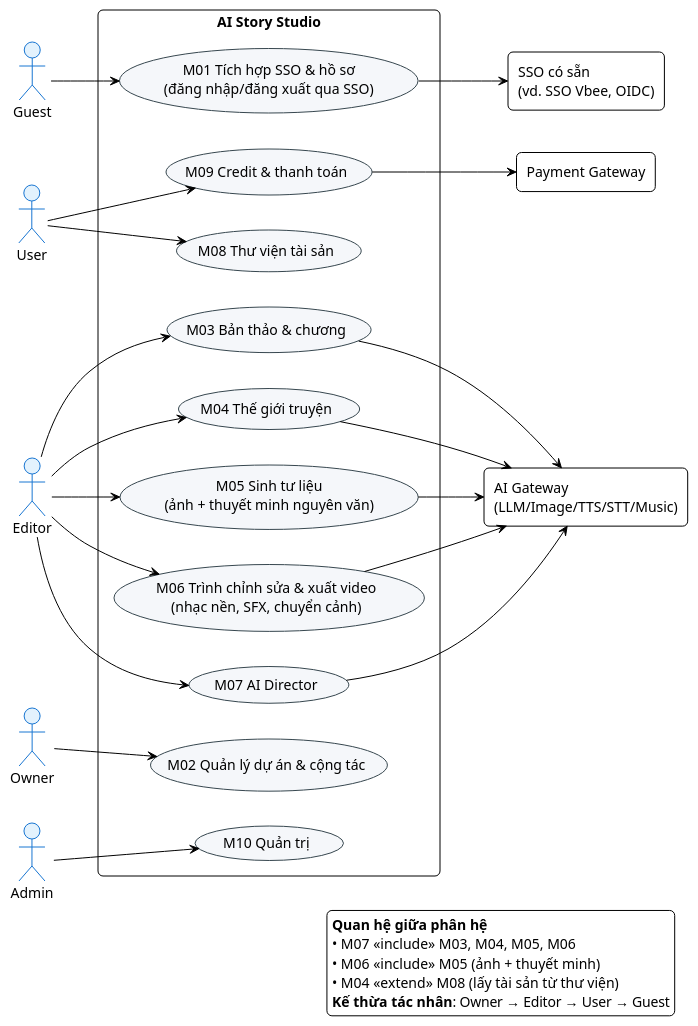
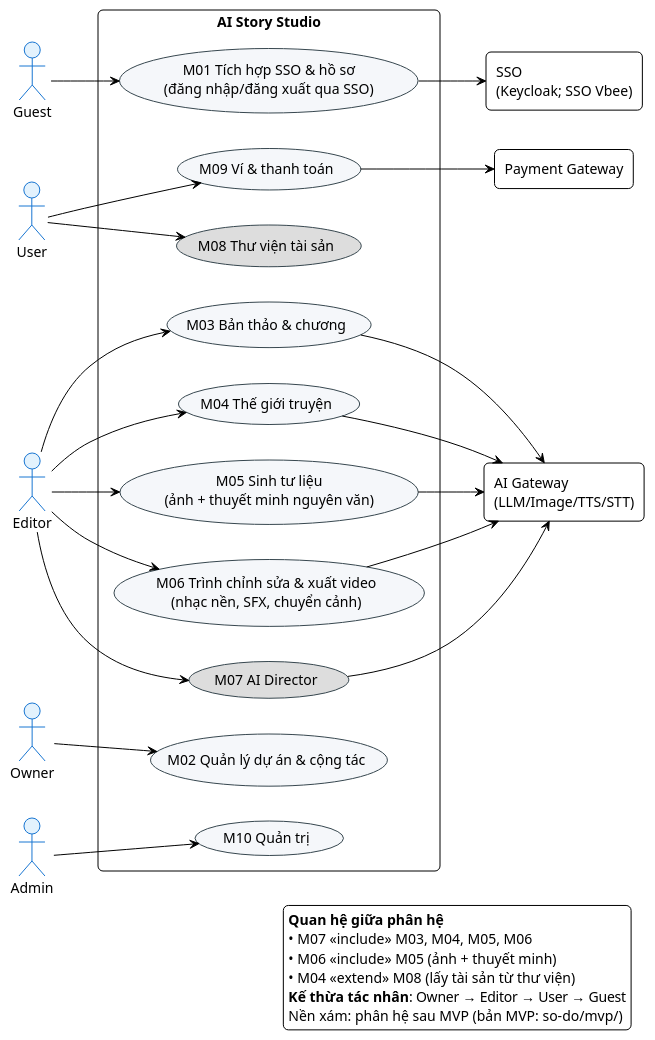
One commit to 202416852-anhpv/story2video-docs changed the diagram in demo-c2story/so-do/01-use-case/uc-tong-quan.puml. Above: the diagram before and after it, drawn with PlantUML. The commit also changed 100 other files, not shown here.

```diff
--- a/demo-c2story/so-do/01-use-case/uc-tong-quan.puml
+++ b/demo-c2story/so-do/01-use-case/uc-tong-quan.puml
@@ -1,66 +1,67 @@
 @startuml UC_TongQuan_StoryStudio
 !theme plain
 skinparam defaultFontName "Segoe UI"
 skinparam roundCorner 10
 skinparam actor {
     BackgroundColor #E3F2FD
     BorderColor #1976D2
 }
 skinparam usecase {
     BackgroundColor #F5F7FA
     BorderColor #37474F
 }
 left to right direction
 
 ' Tác nhân con người (bên trái)
 actor "Guest" as Guest
 actor "User" as User
 actor "Editor" as Editor
 actor "Owner" as Owner
 actor "Admin" as Admin
 
 rectangle "AI Story Studio" {
     usecase "M01 Tích hợp SSO & hồ sơ\n(đăng nhập/đăng xuất qua SSO)" as M01
-    usecase "M09 Credit & thanh toán" as M09
-    usecase "M08 Thư viện tài sản" as M08
+    usecase "M09 Ví & thanh toán" as M09
+    usecase "M08 Thư viện tài sản" as M08 #DDDDDD
     usecase "M02 Quản lý dự án & cộng tác" as M02
     usecase "M03 Bản thảo & chương" as M03
     usecase "M04 Thế giới truyện" as M04
     usecase "M05 Sinh tư liệu\n(ảnh + thuyết minh nguyên văn)" as M05
     usecase "M06 Trình chỉnh sửa & xuất video\n(nhạc nền, SFX, chuyển cảnh)" as M06
-    usecase "M07 AI Director" as M07
+    usecase "M07 AI Director" as M07 #DDDDDD
     usecase "M10 Quản trị" as M10
 }
 
 ' Hệ thống ngoài (bên phải)
-rectangle "SSO có sẵn\n(vd. SSO Vbee, OIDC)" as IdP
+rectangle "SSO\n(Keycloak; SSO Vbee)" as IdP
 rectangle "Payment Gateway" as Pay
-rectangle "AI Gateway\n(LLM/Image/TTS/STT/Music)" as AI
+rectangle "AI Gateway\n(LLM/Image/TTS/STT)" as AI
 
 Guest --> M01
 User --> M09
 User --> M08
 Owner --> M02
 Editor --> M03
 Editor --> M04
 Editor --> M05
 Editor --> M06
 Editor --> M07
 Admin --> M10
 
 M01 --> IdP
 M09 --> Pay
 M03 --> AI
 M04 --> AI
 M05 --> AI
 M06 --> AI
 M07 --> AI
 
 legend right
   **Quan hệ giữa phân hệ**
   • M07 <<include>> M03, M04, M05, M06
   • M06 <<include>> M05 (ảnh + thuyết minh)
   • M04 <<extend>> M08 (lấy tài sản từ thư viện)
   **Kế thừa tác nhân**: Owner → Editor → User → Guest
+  Nền xám: phân hệ sau MVP (bản MVP: so-do/mvp/)
 endlegend
 @enduml
```
